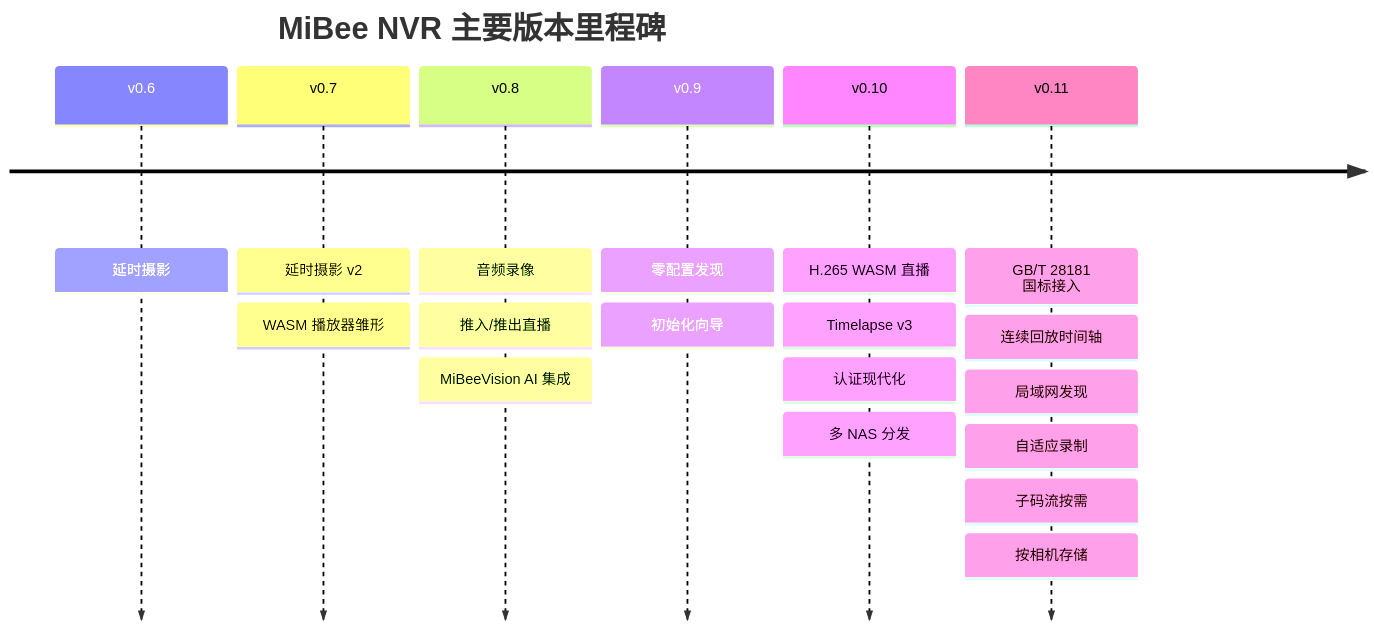
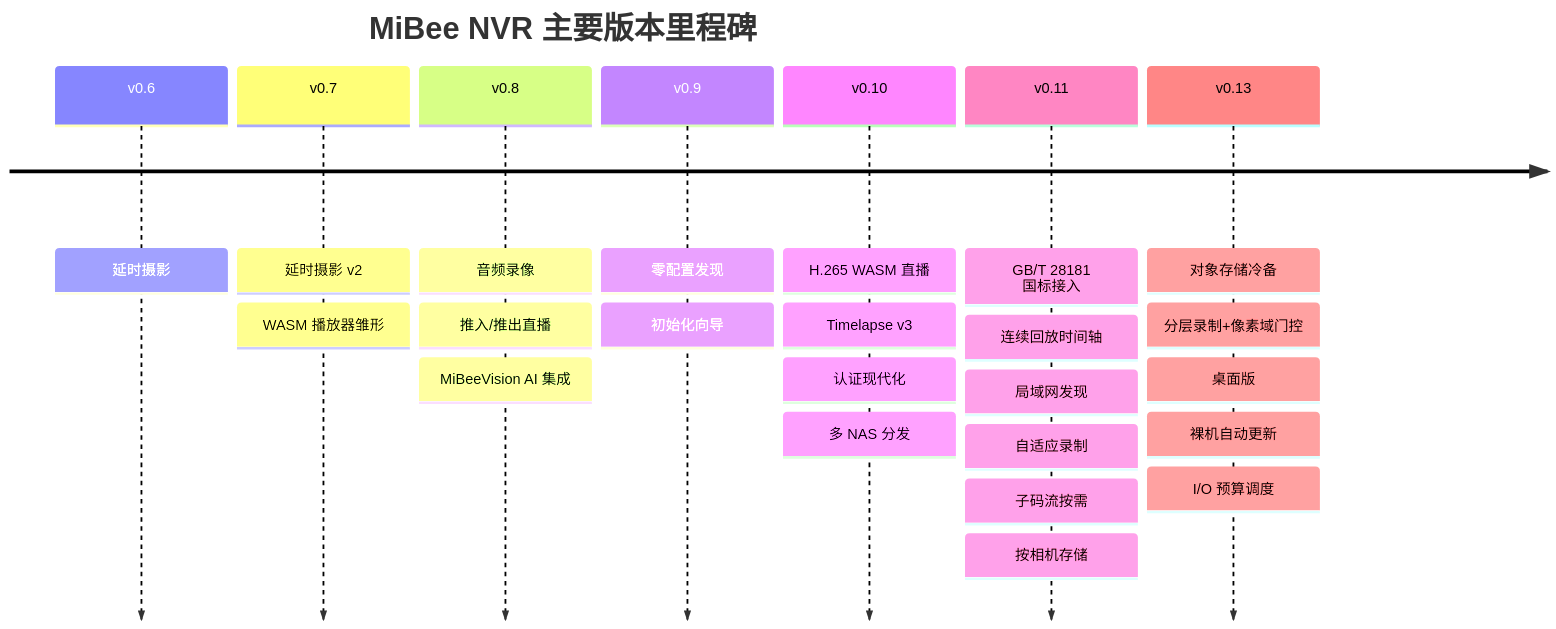
One commit to Mi-Bee-Studio/mibee-docs changed the diagram in mibeenvr/zh-CN/features.md. Above: the diagram before and after it, drawn with Mermaid. The commit also changed other lines of this file and 68 other files, not shown here.

````diff
--- a/mibeenvr/zh-CN/features.md
+++ b/mibeenvr/zh-CN/features.md
@@ -120,10 +130,11 @@
 ```mermaid
 timeline
     title MiBee NVR 主要版本里程碑
     v0.6 : 延时摄影
     v0.7 : 延时摄影 v2 : WASM 播放器雏形
     v0.8 : 音频录像 : 推入/推出直播 : MiBeeVision AI 集成
     v0.9 : 零配置发现 : 初始化向导
     v0.10 : H.265 WASM 直播 : Timelapse v3 : 认证现代化 : 多 NAS 分发
     v0.11 : GB/T 28181 国标接入 : 连续回放时间轴 : 局域网发现 : 自适应录制 : 子码流按需 : 按相机存储
+    v0.13 : 对象存储冷备 : 分层录制+像素域门控 : 桌面版 : 裸机自动更新 : I/O 预算调度
 ```
````
